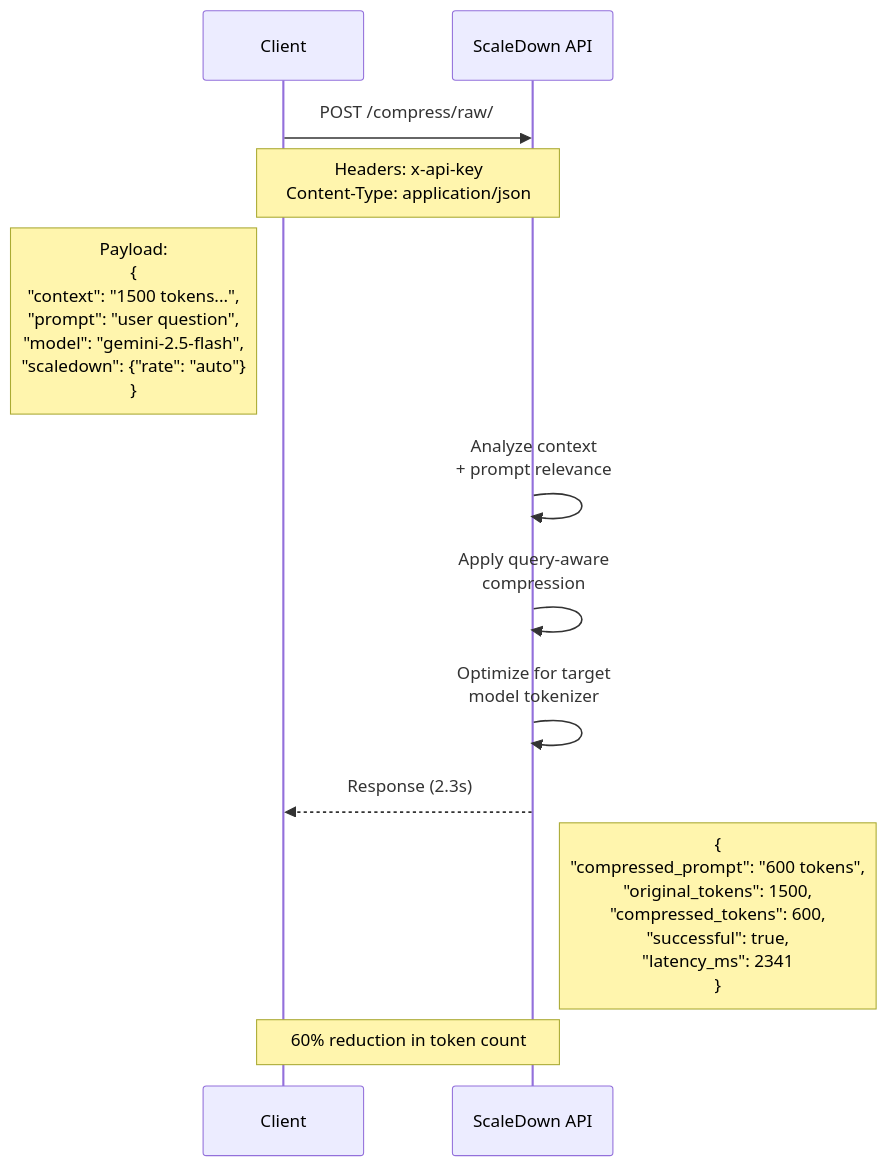
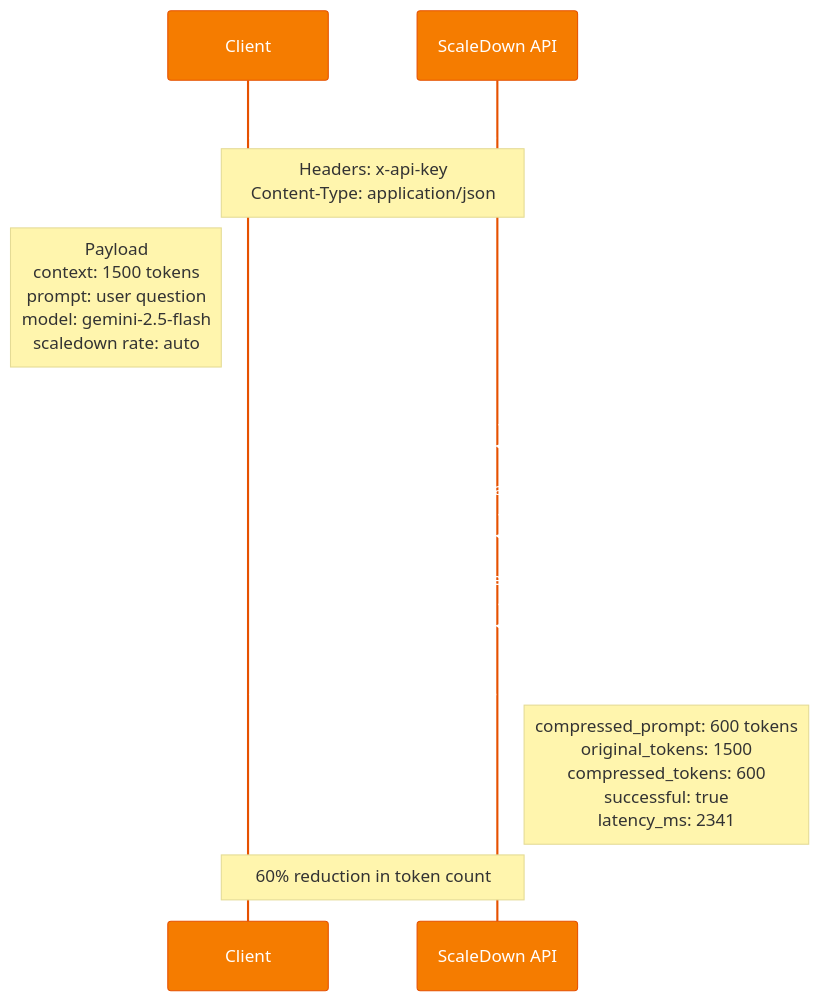
One commit to invaderinvalid/RAG changed the second of 8 diagrams in README.md. Above: the diagram before and after it, drawn with Mermaid. The commit also changed other lines of this file, not shown here.

````diff
--- a/README.md
+++ b/README.md
@@ -106,19 +112,20 @@
 ```mermaid
+%%{init: {'theme':'base', 'themeVariables': { 'primaryColor':'#f57c00','primaryTextColor':'#fff','primaryBorderColor':'#e65100','lineColor':'#424242'}}}%%
 sequenceDiagram
     participant Client
     participant SD as ScaleDown API
     
     Client->>SD: POST /compress/raw/
     Note over Client,SD: Headers: x-api-key<br/>Content-Type: application/json
     
-    Note left of Client: Payload:<br/>{<br/>  "context": "1500 tokens...",<br/>  "prompt": "user question",<br/>  "model": "gemini-2.5-flash",<br/>  "scaledown": {"rate": "auto"}<br/>}
+    Note left of Client: Payload<br/>context: 1500 tokens<br/>prompt: user question<br/>model: gemini-2.5-flash<br/>scaledown rate: auto
     
-    SD->>SD: Analyze context<br/>+ prompt relevance
-    SD->>SD: Apply query-aware<br/>compression
-    SD->>SD: Optimize for target<br/>model tokenizer
+    SD->>SD: Analyze context + prompt relevance
+    SD->>SD: Apply query-aware compression
+    SD->>SD: Optimize for target model tokenizer
     
     SD-->>Client: Response (2.3s)
-    Note right of SD: {<br/>  "compressed_prompt": "600 tokens",<br/>  "original_tokens": 1500,<br/>  "compressed_tokens": 600,<br/>  "successful": true,<br/>  "latency_ms": 2341<br/>}
+    Note right of SD: compressed_prompt: 600 tokens<br/>original_tokens: 1500<br/>compressed_tokens: 600<br/>successful: true<br/>latency_ms: 2341
     
     Note over Client,SD: 60% reduction in token count
 ```
````
